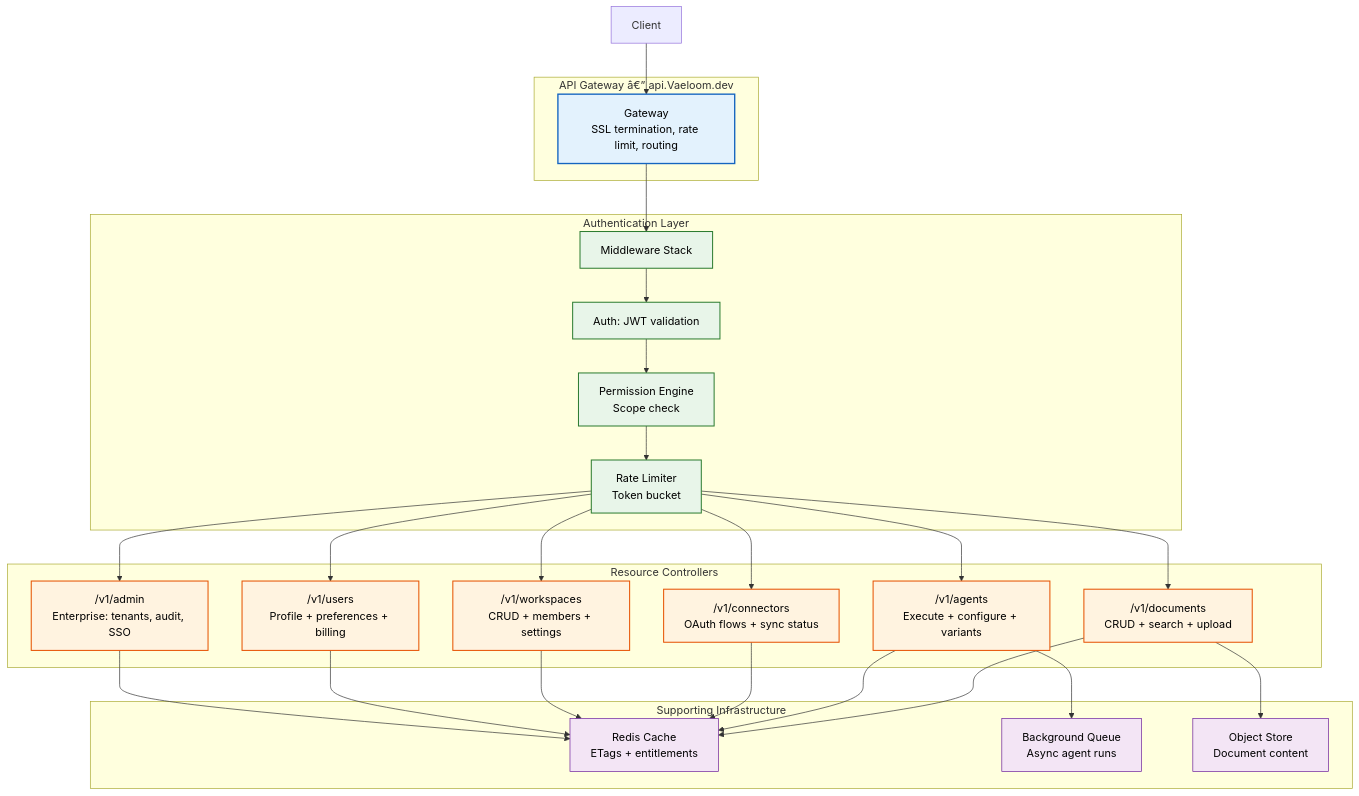
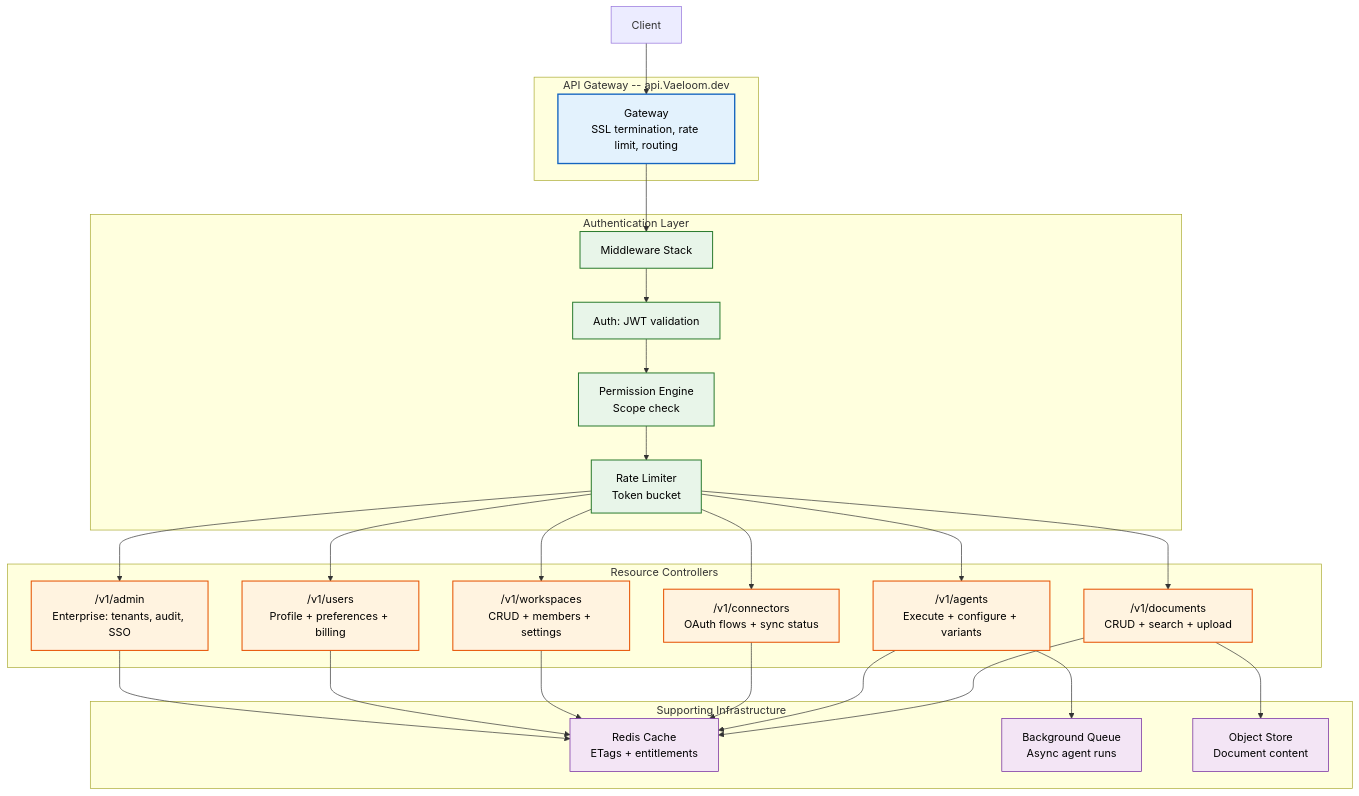
The first of 2 diagrams in Docs/Backend/API-Reference.md (Driftloom/Vaeloom), drawn with Mermaid before and after one commit. The commit also changed other lines of this file and 7 other files, not shown here.

Commit message:
docs(backend): add API architecture, reference, versioning, and REST standards

````diff
--- a/Docs/Backend/API-Reference.md
+++ b/Docs/Backend/API-Reference.md
@@ -16,46 +16,46 @@
 ```mermaid
 graph TD
     classDef gateway fill:#e3f2fd,stroke:#1565c0,color:#000,stroke-width:2px
     classDef auth fill:#e8f5e9,stroke:#2e7d32,color:#000,stroke-width:1.5px
     classDef resource fill:#fff3e0,stroke:#e65100,color:#000,stroke-width:1.5px
     classDef infra fill:#f3e5f5,stroke:#6a1b9a,color:#000,stroke-width:1px
 
-    subgraph Gateway["API Gateway â€” api.Vaeloom.dev"]
+    subgraph Gateway["API Gateway -- api.Vaeloom.dev"]
         GW["Gateway<br/>SSL termination, rate limit, routing"]
     end
 
     subgraph Auth["Authentication Layer"]
         MW["Middleware Stack"]
         AUTH["Auth: JWT validation"]
         PERM["Permission Engine<br/>Scope check"]
         RATE["Rate Limiter<br/>Token bucket"]
     end
 
     subgraph Resources["Resource Controllers"]
         DOC["/v1/documents<br/>CRUD + search + upload"]
         AGT["/v1/agents<br/>Execute + configure + variants"]
         CON["/v1/connectors<br/>OAuth flows + sync status"]
         WRK["/v1/workspaces<br/>CRUD + members + settings"]
         USR["/v1/users<br/>Profile + preferences + billing"]
         ADM["/v1/admin<br/>Enterprise: tenants, audit, SSO"]
     end
 
     subgraph Infra["Supporting Infrastructure"]
         CACHE["Redis Cache<br/>ETags + entitlements"]
         QUEUE["Background Queue<br/>Async agent runs"]
         STORE["Object Store<br/>Document content"]
     end
 
     Client["Client"] --> GW
     GW --> MW
     MW --> AUTH --> PERM --> RATE
     RATE --> DOC & AGT & CON & WRK & USR & ADM
     DOC & AGT & CON & WRK & USR & ADM --> CACHE
     AGT --> QUEUE
     DOC --> STORE
 
     class GW gateway
     class MW,AUTH,PERM,RATE auth
     class DOC,AGT,CON,WRK,USR,ADM resource
     class CACHE,QUEUE,STORE infra
 ```
````
